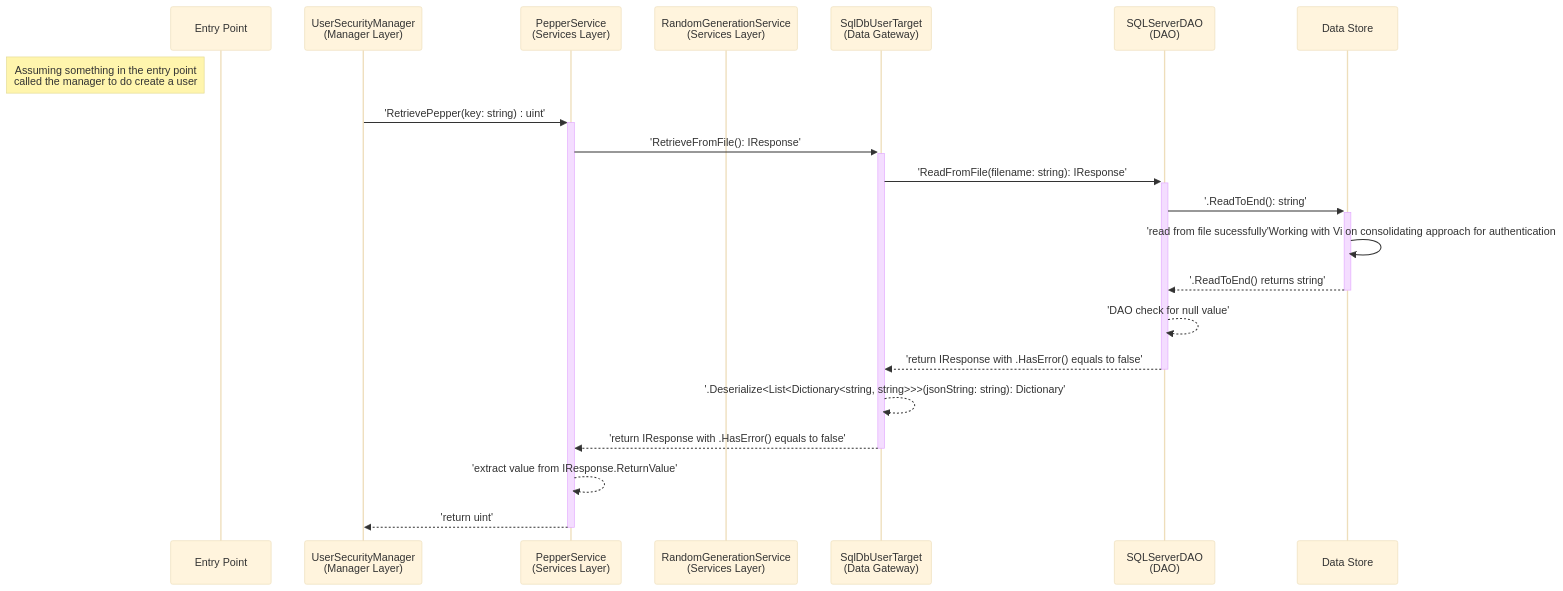
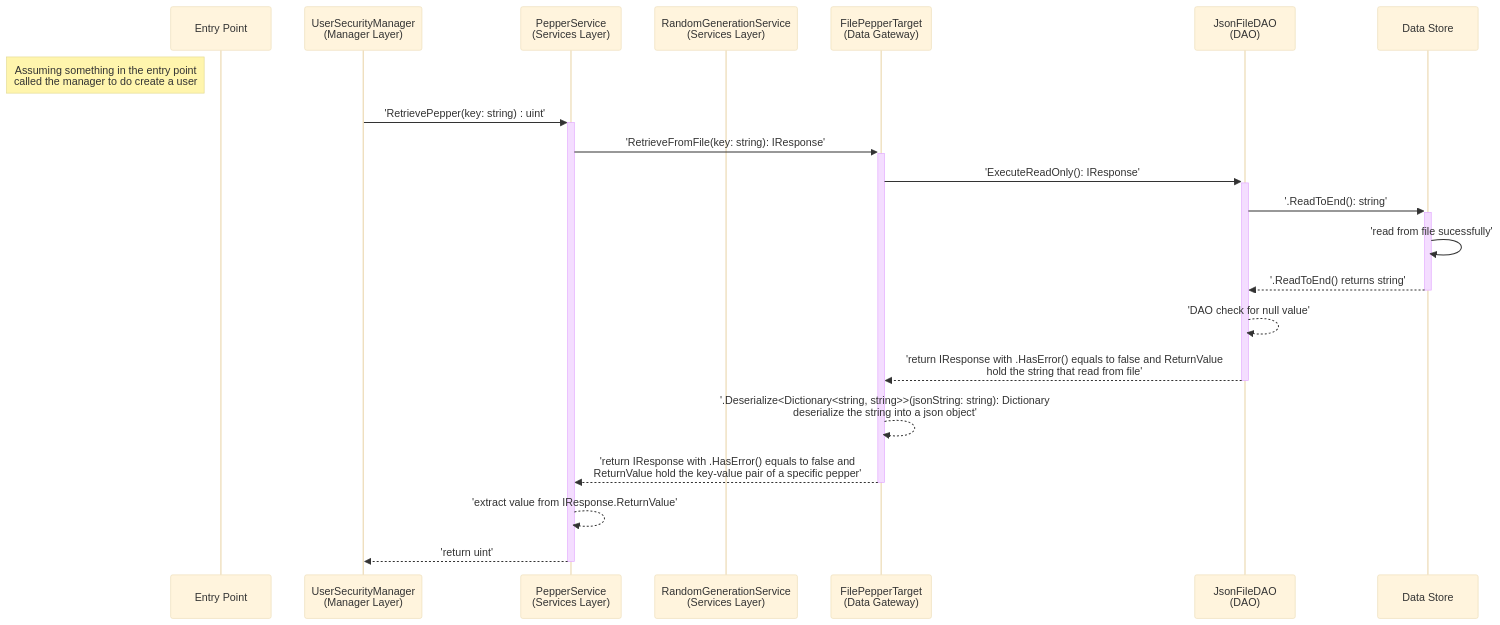
Before and after one commit to MNRainDrop/CECS-491A-Spec: the diagram in Project Documents/Milestone 2/Low Level Design/Security Library/PepperRetrieveSuccess.mmd, drawn with Mermaid (base theme). The commit also changed 5 other files, not shown here.

Commit message:
update changes to sequence diagram

```diff
--- a/Project Documents/Milestone 2/Low Level Design/Security Library/PepperRetrieveSuccess.mmd
+++ b/Project Documents/Milestone 2/Low Level Design/Security Library/PepperRetrieveSuccess.mmd
@@ -1,23 +1,23 @@
 sequenceDiagram
 participant e as Entry Point
 participant usm as UserSecurityManager<br>(Manager Layer)
 participant pp as PepperService<br>(Services Layer)
 participant uc as RandomGenerationService<br>(Services Layer)
-participant dg as SqlDbUserTarget<br>(Data Gateway)
-participant da as SQLServerDAO<br>(DAO)
+participant dg as FilePepperTarget<br>(Data Gateway)
+participant da as JsonFileDAO<br>(DAO)
 participant ds as Data Store
 
 Note Left of e: Assuming something in the entry point<br>called the manager to do create a user
 
 usm->>+pp: 'RetrievePepper(key: string) : uint'
-pp->>+dg: 'RetrieveFromFile(): IResponse'
-dg->>+da: 'ReadFromFile(filename: string): IResponse'
+pp->>+dg: 'RetrieveFromFile(key: string): IResponse'
+dg->>+da: 'ExecuteReadOnly(): IResponse'
 da->>+ds: '.ReadToEnd(): string'
-ds->>ds: 'read from file sucessfully'Working with Vi on consolidating approach for authentication
+ds->>ds: 'read from file sucessfully'
 ds-->>-da: '.ReadToEnd() returns string'
 da-->>da: 'DAO check for null value'
-da-->>-dg: 'return IResponse with .HasError() equals to false' 
-dg-->>dg: '.Deserialize<List<Dictionary<string, string>>>(jsonString: string): Dictionary'
-dg-->>-pp: 'return IResponse with .HasError() equals to false'
+da-->>-dg: 'return IResponse with .HasError() equals to false and ReturnValue <br> hold the string that read from file' 
+dg-->>dg: '.Deserialize<Dictionary<string, string>>(jsonString: string): Dictionary <br> deserialize the string into a json object'
+dg-->>-pp: 'return IResponse with .HasError() equals to false and <br> ReturnValue hold the key-value pair of a specific pepper'
 pp-->>pp: 'extract value from IResponse.ReturnValue'
 pp-->>-usm: 'return uint'
```
